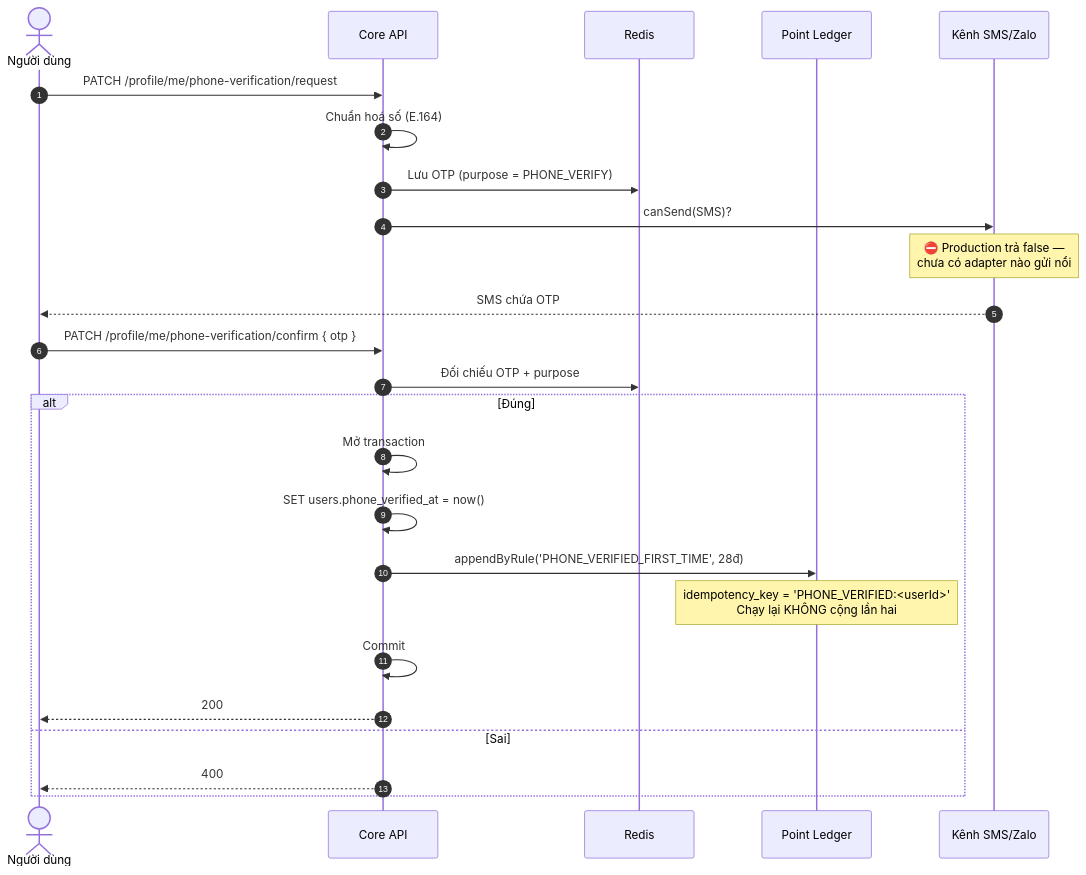
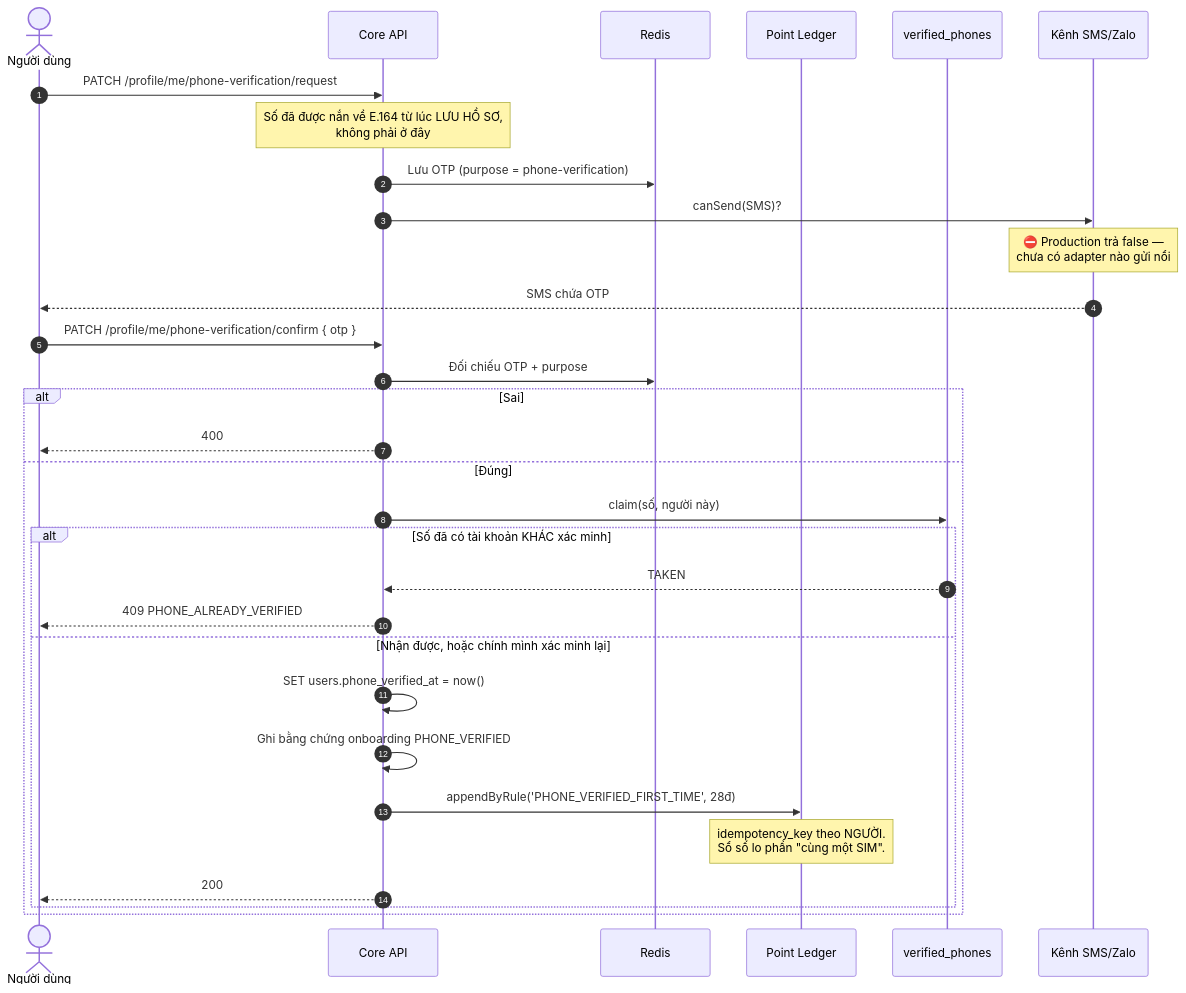
The second of 6 diagrams in docs/diagram/02-profile.md (fdshn/trueheart), drawn with Mermaid before and after one commit. The commit also changed other lines of this file and 43 other files, not shown here.

````diff
--- a/docs/diagram/02-profile.md
+++ b/docs/diagram/02-profile.md
@@ -48,29 +47,35 @@
 ```mermaid
 sequenceDiagram
     autonumber
     actor U as Người dùng
     participant API as Core API
     participant R as Redis
     participant L as Point Ledger
+    participant V as verified_phones
     participant S as Kênh SMS/Zalo
 
     U->>API: PATCH /profile/me/phone-verification/request
-    API->>API: Chuẩn hoá số (E.164)
-    API->>R: Lưu OTP (purpose = PHONE_VERIFY)
+    Note over API: Số đã được nắn về E.164 từ lúc LƯU HỒ SƠ,<br/>không phải ở đây
+    API->>R: Lưu OTP (purpose = phone-verification)
     API->>S: canSend(SMS)?
     Note over S: ⛔ Production trả false —<br/>chưa có adapter nào gửi nổi
     S-->>U: SMS chứa OTP
 
     U->>API: PATCH /profile/me/phone-verification/confirm { otp }
     API->>R: Đối chiếu OTP + purpose
-    alt Đúng
-        API->>API: Mở transaction
-        API->>API: SET users.phone_verified_at = now()
-        API->>L: appendByRule('PHONE_VERIFIED_FIRST_TIME', 28đ)
-        Note over L: idempotency_key = 'PHONE_VERIFIED:<userId>'<br/>Chạy lại KHÔNG cộng lần hai
-        API->>API: Commit
-        API-->>U: 200
-    else Sai
+    alt Sai
         API-->>U: 400
+    else Đúng
+        API->>V: claim(số, người này)
+        alt Số đã có tài khoản KHÁC xác minh
+            V-->>API: TAKEN
+            API-->>U: 409 PHONE_ALREADY_VERIFIED
+        else Nhận được, hoặc chính mình xác minh lại
+            API->>API: SET users.phone_verified_at = now()
+            API->>API: Ghi bằng chứng onboarding PHONE_VERIFIED
+            API->>L: appendByRule('PHONE_VERIFIED_FIRST_TIME', 28đ)
+            Note over L: idempotency_key theo NGƯỜI.<br/>Sổ số lo phần "cùng một SIM".
+            API-->>U: 200
+        end
     end
 ```
````
